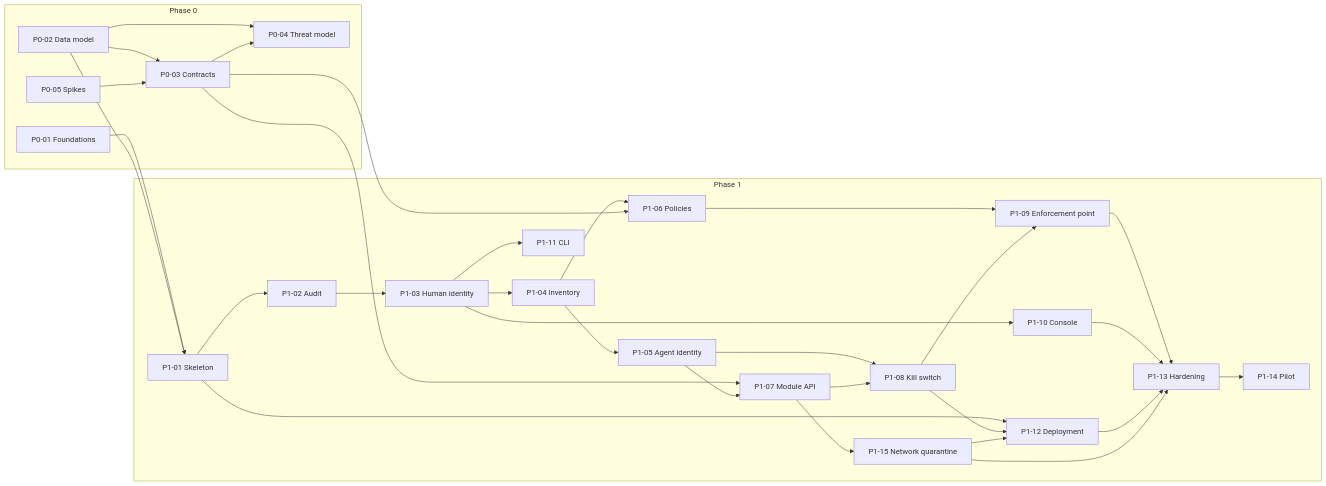
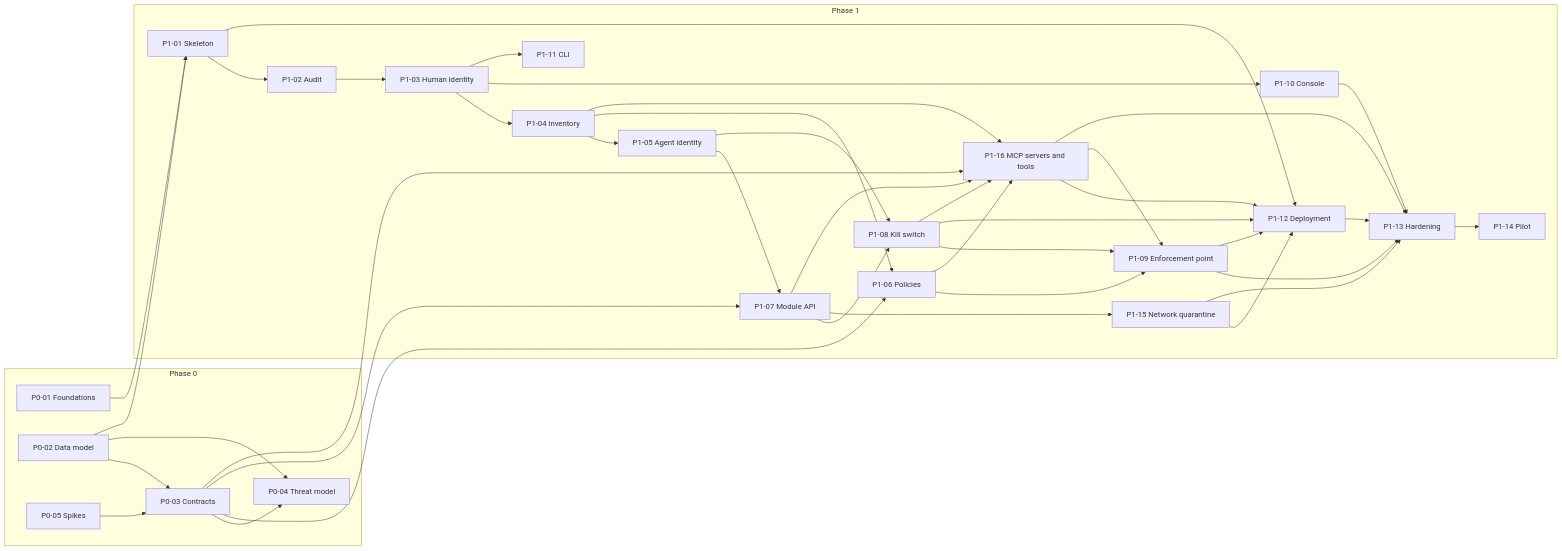
The diagram in docs/plans/README.md (J466Y/WhiteTower), drawn with Mermaid before and after one commit. The commit also changed other lines of this file and 25 other files, not shown here.

First line of the commit message:
docs(P1-16): integrate RFC-0002 into MVP architecture, requirements and roadmap (#45)

````diff
--- a/docs/plans/README.md
+++ b/docs/plans/README.md
@@ -51,56 +52,66 @@
 ```mermaid
 flowchart LR
     subgraph P0[Phase 0]
         P001[P0-01 Foundations]
         P002[P0-02 Data model]
         P003[P0-03 Contracts]
         P004[P0-04 Threat model]
         P005[P0-05 Spikes]
     end
     subgraph P1[Phase 1]
         P101[P1-01 Skeleton]
         P102[P1-02 Audit]
         P103[P1-03 Human identity]
         P104[P1-04 Inventory]
         P105[P1-05 Agent identity]
         P106[P1-06 Policies]
         P107[P1-07 Module API]
         P108[P1-08 Kill switch]
         P109[P1-09 Enforcement point]
         P110[P1-10 Console]
         P111[P1-11 CLI]
         P112[P1-12 Deployment]
         P113[P1-13 Hardening]
         P114[P1-14 Pilot]
         P115[P1-15 Network quarantine]
+        P116[P1-16 MCP servers and tools]
     end
     P002 --> P003
     P005 --> P003
     P002 --> P004
     P003 --> P004
     P001 --> P101
     P002 --> P101
     P101 --> P102
     P102 --> P103
     P103 --> P104
     P104 --> P105
     P104 --> P106
     P003 --> P106
     P003 --> P107
     P105 --> P107
     P105 --> P108
     P107 --> P108
     P106 --> P109
     P108 --> P109
     P103 --> P110
     P103 --> P111
     P101 --> P112
     P108 --> P112
     P109 --> P113
     P110 --> P113
     P112 --> P113
     P113 --> P114
     P107 --> P115
     P115 --> P112
+    P109 --> P112
+    P116 --> P112
     P115 --> P113
+    P003 --> P116
+    P104 --> P116
+    P106 --> P116
+    P107 --> P116
+    P108 --> P116
+    P116 --> P109
+    P116 --> P113
 ```
````
